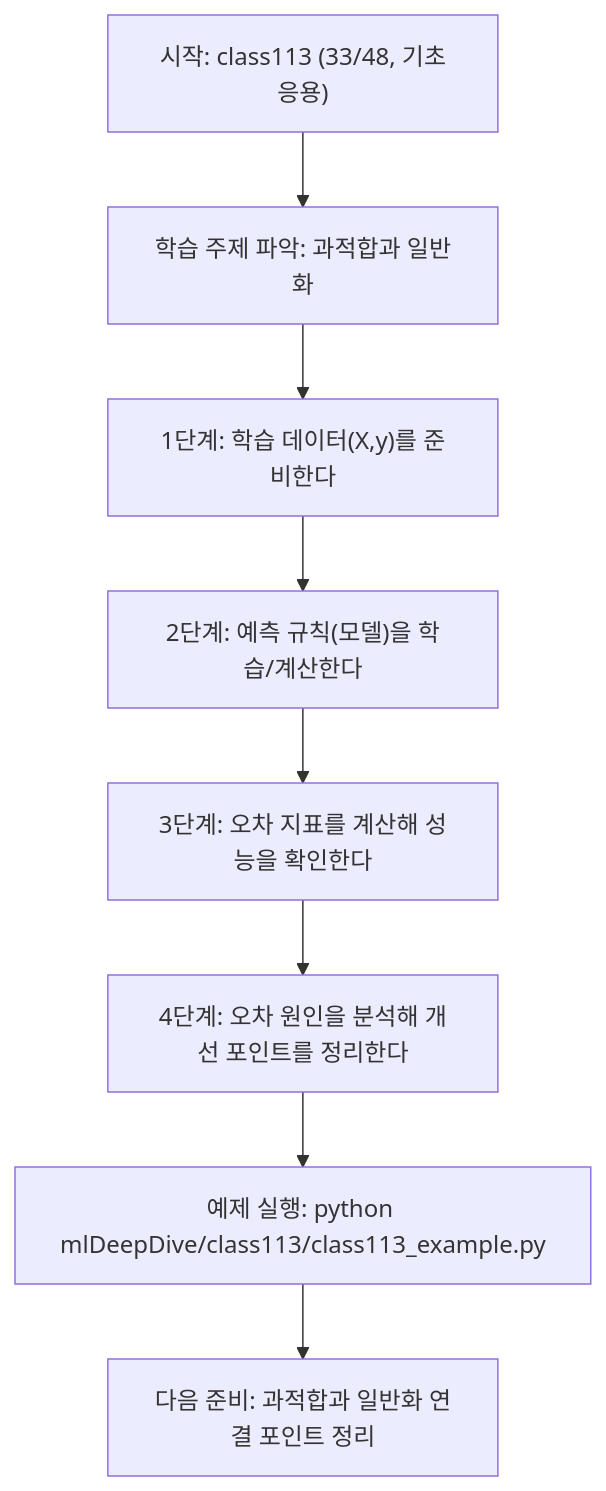
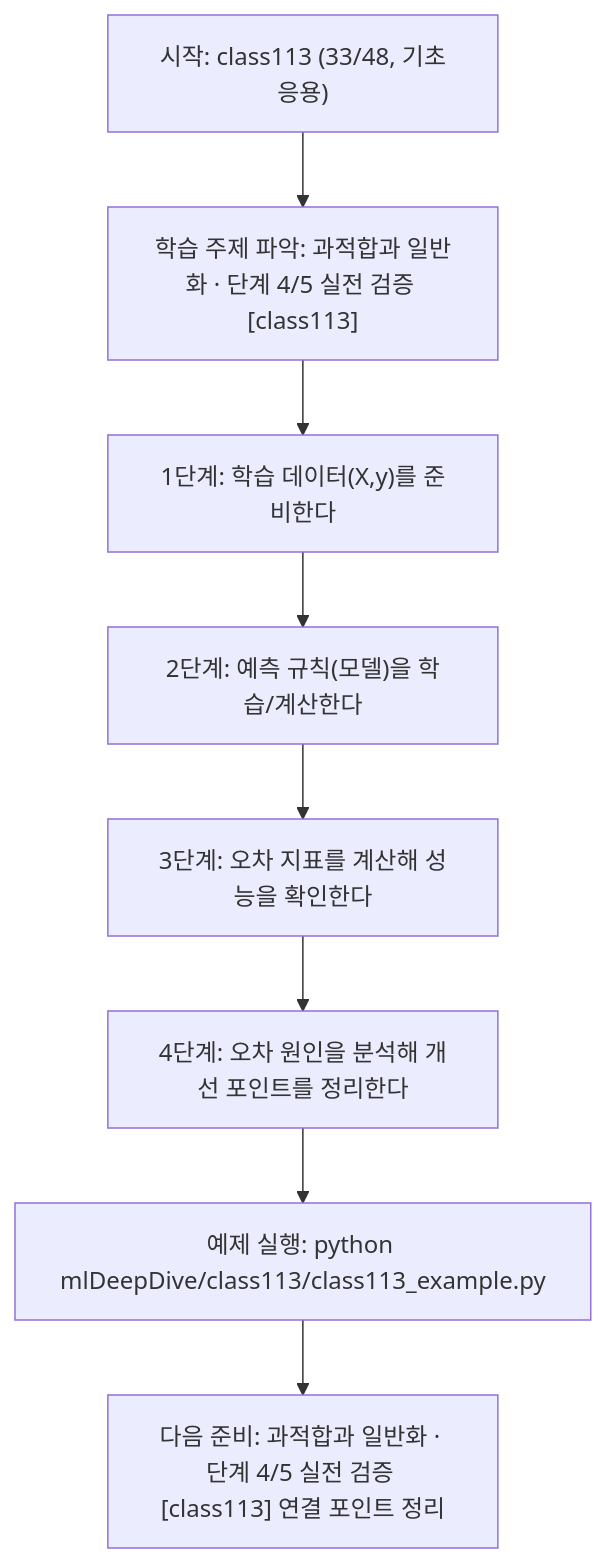
One commit to edumgt/Python-AI_Agent-Class changed the diagram in mlDeepDive/class113/class113.md. Above: the diagram before and after it, drawn with Mermaid. The commit also changed other lines of this file and 522 other files, not shown here.

````diff
--- a/mlDeepDive/class113/class113.md
+++ b/mlDeepDive/class113/class113.md
@@ -108,18 +109,18 @@
 ```mermaid
 flowchart TD
 N1["시작: class113 (33/48, 기초응용)"]
-N2["학습 주제 파악: 과적합과 일반화"]
+N2["학습 주제 파악: 과적합과 일반화 · 단계 4/5 실전 검증 [class113]"]
 N3["1단계: 학습 데이터(X,y)를 준비한다"]
 N4["2단계: 예측 규칙(모델)을 학습/계산한다"]
 N5["3단계: 오차 지표를 계산해 성능을 확인한다"]
 N6["4단계: 오차 원인을 분석해 개선 포인트를 정리한다"]
 N7["예제 실행: python mlDeepDive/class113/class113_example.py"]
-N8["다음 준비: 과적합과 일반화 연결 포인트 정리"]
+N8["다음 준비: 과적합과 일반화 · 단계 4/5 실전 검증 [class113] 연결 포인트 정리"]
 N1 --> N2
 N2 --> N3
 N3 --> N4
 N4 --> N5
 N5 --> N6
 N6 --> N7
 N7 --> N8
 ```
````
